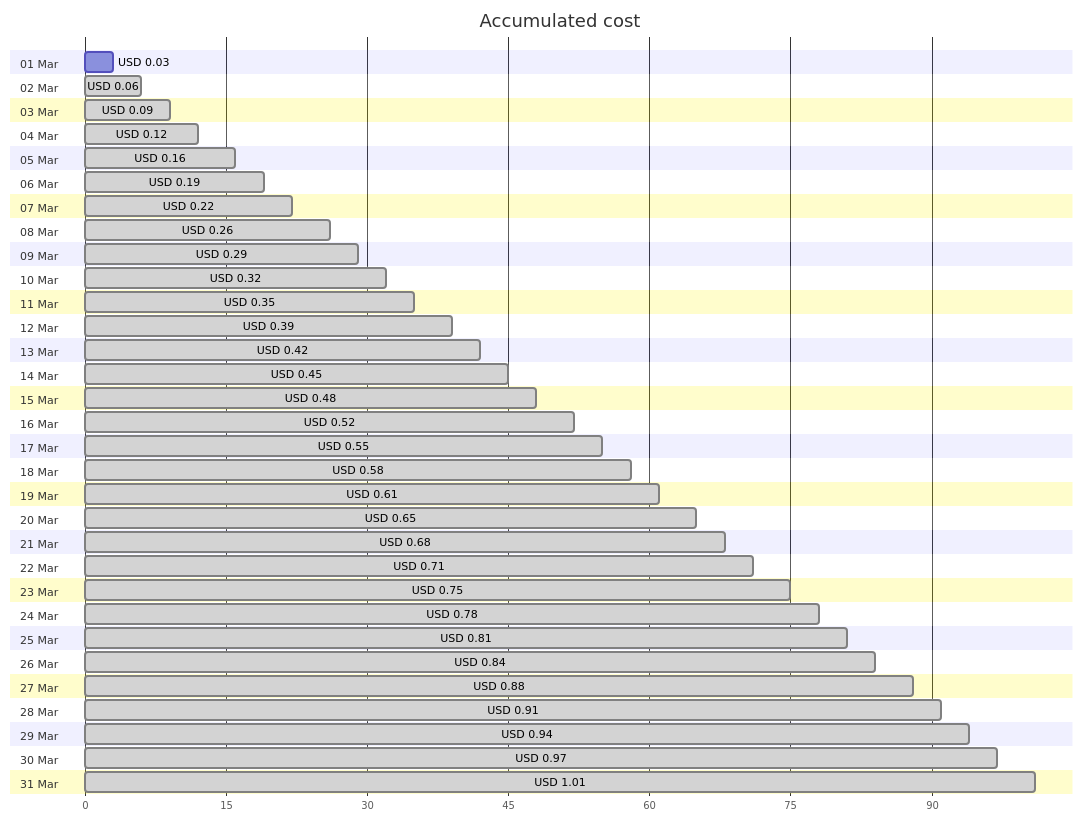
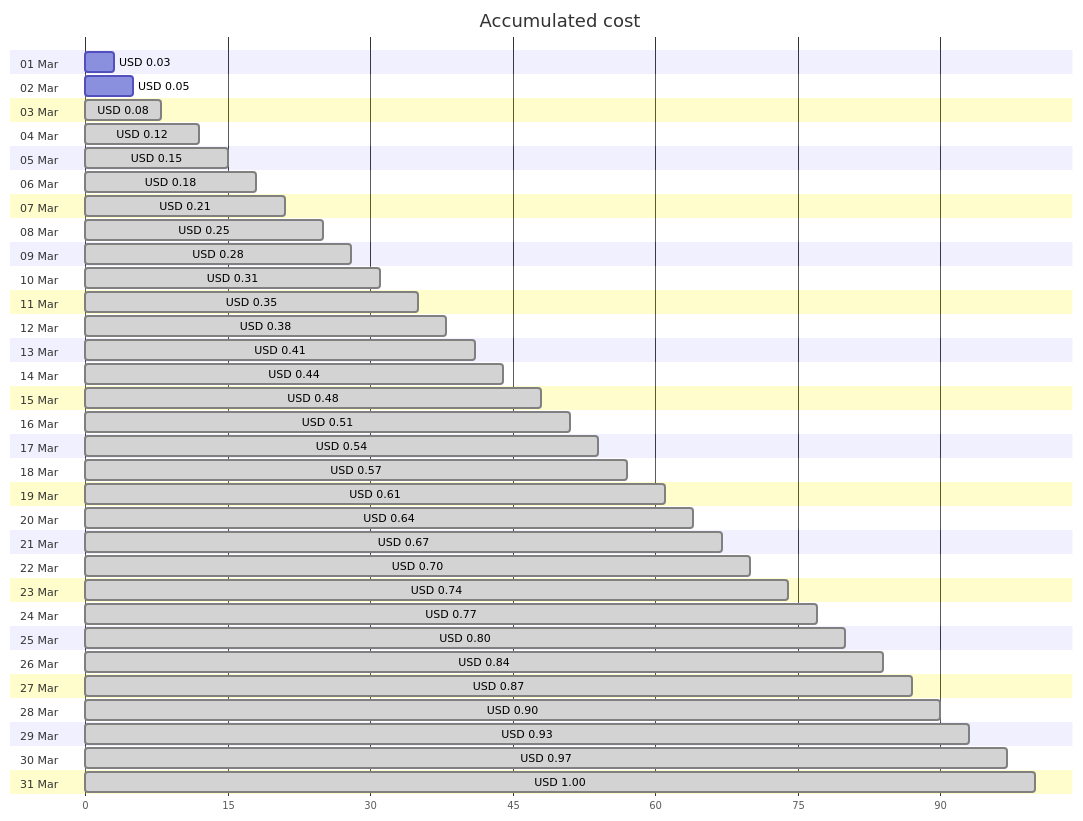
One commit to jpfulton/azure-personal-reports changed the first of 4 diagrams in cost-reports/personal-dns/README.md. Above: the diagram before and after it, drawn with Mermaid. The commit also changed other lines of this file and 2 other files, not shown here.

Commit message:
Generated reports [skip ci]

````diff
--- a/cost-reports/personal-dns/README.md
+++ b/cost-reports/personal-dns/README.md
@@ -20,68 +20,68 @@
 ```mermaid
 gantt
    title Accumulated cost
    dateFormat  X
    axisFormat %s
    section 01 Mar
    USD 0.03 :0, 3
    section 02 Mar
-   USD 0.06 : done, 0, 6
+   USD 0.05 :0, 5
    section 03 Mar
-   USD 0.09 : done, 0, 9
+   USD 0.08 : done, 0, 8
    section 04 Mar
    USD 0.12 : done, 0, 12
    section 05 Mar
-   USD 0.16 : done, 0, 16
+   USD 0.15 : done, 0, 15
    section 06 Mar
-   USD 0.19 : done, 0, 19
+   USD 0.18 : done, 0, 18
    section 07 Mar
-   USD 0.22 : done, 0, 22
+   USD 0.21 : done, 0, 21
    section 08 Mar
-   USD 0.26 : done, 0, 26
+   USD 0.25 : done, 0, 25
    section 09 Mar
-   USD 0.29 : done, 0, 29
+   USD 0.28 : done, 0, 28
    section 10 Mar
-   USD 0.32 : done, 0, 32
+   USD 0.31 : done, 0, 31
    section 11 Mar
    USD 0.35 : done, 0, 35
    section 12 Mar
-   USD 0.39 : done, 0, 39
+   USD 0.38 : done, 0, 38
    section 13 Mar
-   USD 0.42 : done, 0, 42
+   USD 0.41 : done, 0, 41
    section 14 Mar
-   USD 0.45 : done, 0, 45
+   USD 0.44 : done, 0, 44
    section 15 Mar
    USD 0.48 : done, 0, 48
    section 16 Mar
-   USD 0.52 : done, 0, 52
+   USD 0.51 : done, 0, 51
    section 17 Mar
-   USD 0.55 : done, 0, 55
+   USD 0.54 : done, 0, 54
    section 18 Mar
-   USD 0.58 : done, 0, 58
+   USD 0.57 : done, 0, 57
    section 19 Mar
    USD 0.61 : done, 0, 61
    section 20 Mar
-   USD 0.65 : done, 0, 65
+   USD 0.64 : done, 0, 64
    section 21 Mar
-   USD 0.68 : done, 0, 68
+   USD 0.67 : done, 0, 67
    section 22 Mar
-   USD 0.71 : done, 0, 71
+   USD 0.70 : done, 0, 70
    section 23 Mar
-   USD 0.75 : done, 0, 75
+   USD 0.74 : done, 0, 74
    section 24 Mar
-   USD 0.78 : done, 0, 78
+   USD 0.77 : done, 0, 77
    section 25 Mar
-   USD 0.81 : done, 0, 81
+   USD 0.80 : done, 0, 80
    section 26 Mar
    USD 0.84 : done, 0, 84
    section 27 Mar
-   USD 0.88 : done, 0, 88
+   USD 0.87 : done, 0, 87
    section 28 Mar
-   USD 0.91 : done, 0, 91
+   USD 0.90 : done, 0, 90
    section 29 Mar
-   USD 0.94 : done, 0, 94
+   USD 0.93 : done, 0, 93
    section 30 Mar
    USD 0.97 : done, 0, 97
    section 31 Mar
-   USD 1.01 : done, 0, 101
+   USD 1.00 : done, 0, 100
 ```
````
